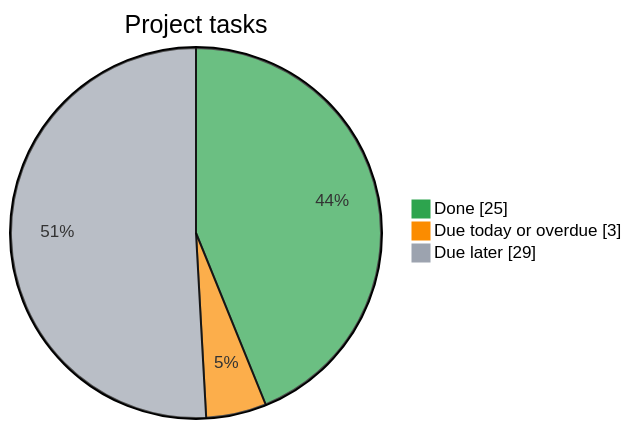
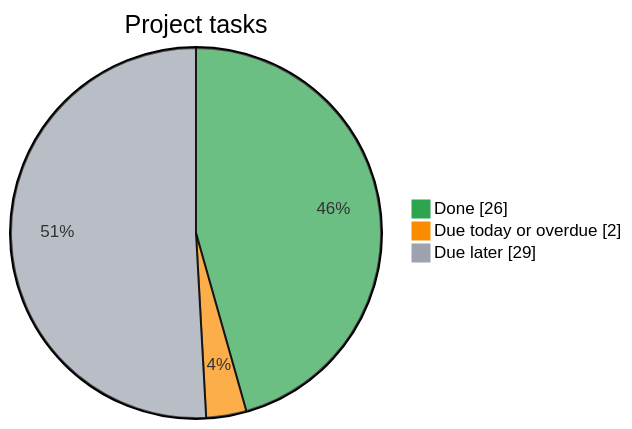
One commit to Kr1sKros/IKT466-Corporate-Bankruptcy-Predictor changed the diagram in README.md. Above: the diagram before and after it, drawn with Mermaid. The commit also changed other lines of this file, not shown here.

Commit message:
docs: refresh task dashboard

````diff
--- a/README.md
+++ b/README.md
@@ -8,8 +8,8 @@
 ```mermaid
 %%{init: {"themeVariables": {"pie1": "#2da44e", "pie2": "#fb8c00", "pie3": "#9ca3af"}}}%%
 pie showData
     title Project tasks
-    "Done" : 25
-    "Due today or overdue" : 3
+    "Done" : 26
+    "Due today or overdue" : 2
     "Due later" : 29
 ```
````
